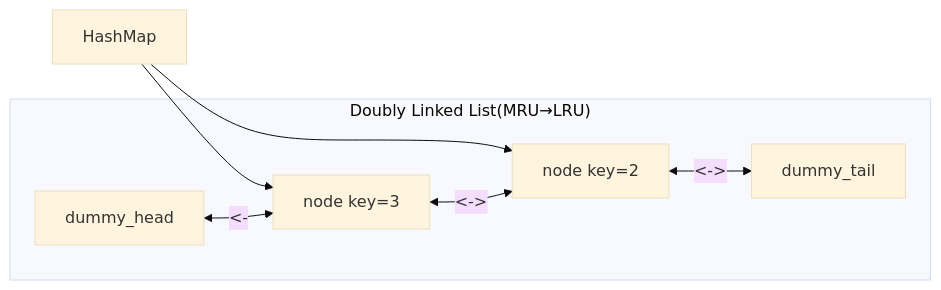
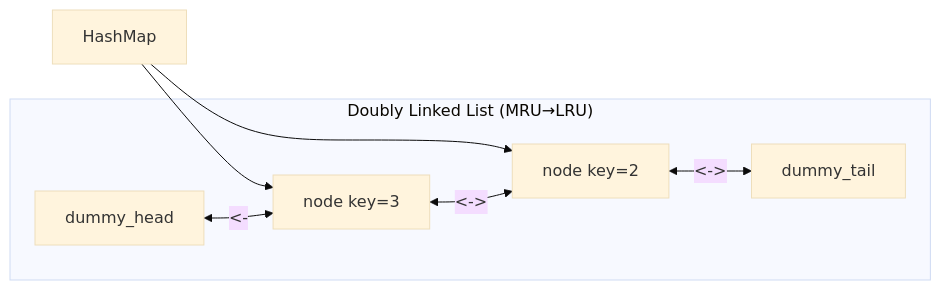
The diagram in content/questions/fundamentals/lru-cache-design.md (pploc/swe-icon-the-moment), drawn with Mermaid (base theme) before and after one commit. The commit also changed 95 other files, not shown here.

Commit message:
fix: update the practice mode diagram bug not display

````diff
--- a/content/questions/fundamentals/lru-cache-design.md
+++ b/content/questions/fundamentals/lru-cache-design.md
@@ -22,11 +22,12 @@
 ```mermaid
 flowchart LR
     H["HashMap"] --> N2["node key=2"]
     H --> N3["node key=3"]
-    subgraph DLL["Doubly Linked List(MRU→LRU)"]
+    subgraph DLL ["Doubly Linked List (MRU→LRU)"]
         dummy_head <-->|<-| N3 <-->|<->| N2 <-->|<->| dummy_tail
     end
 
 
 
+
 ```
````
